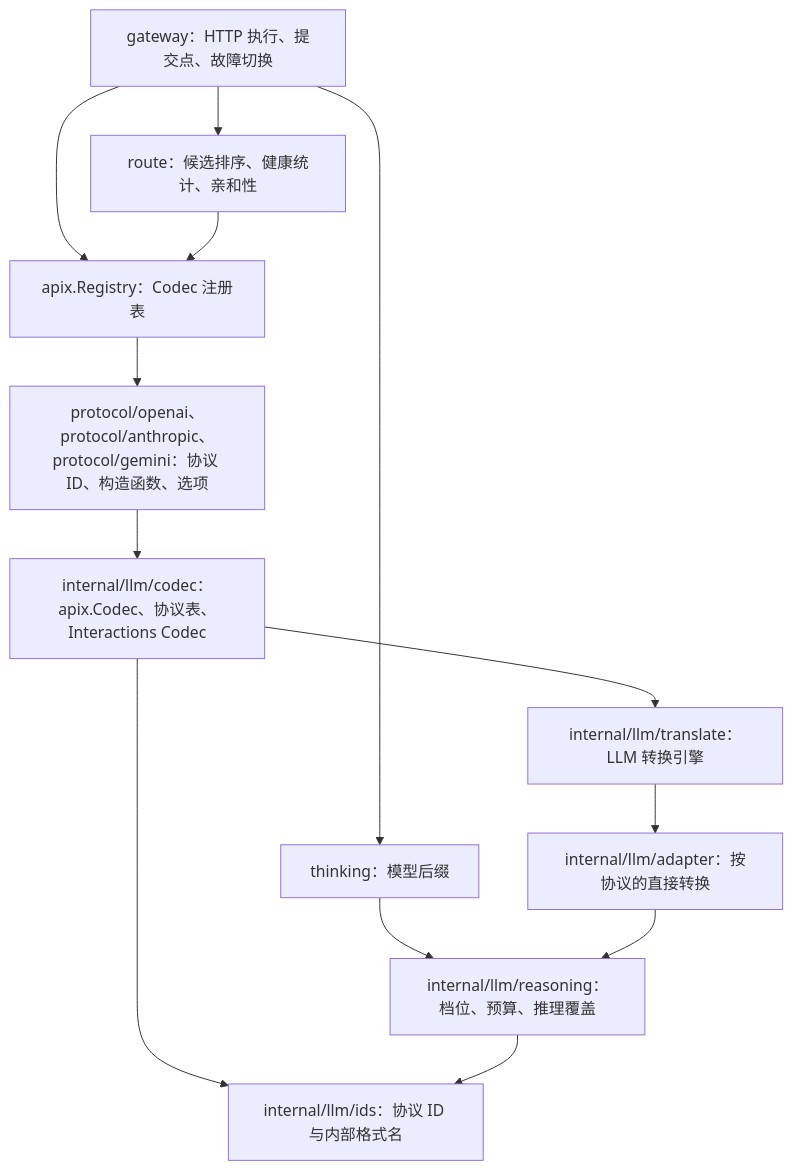
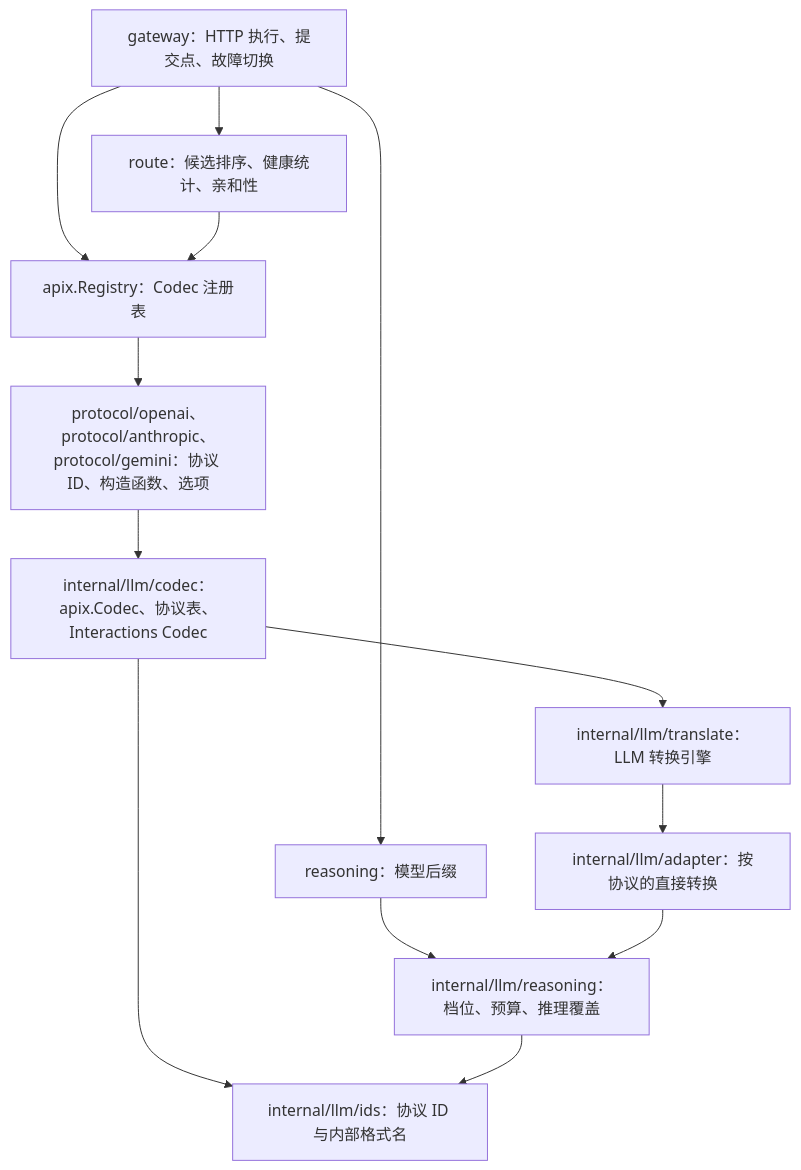
The diagram in docs/architecture.zh-CN.md (dillonzq/apix), drawn with Mermaid before and after one commit. The commit also changed other lines of this file and 21 other files, not shown here.

First line of the commit message:
refactor!: rename thinking package to reasoning

````diff
--- a/docs/architecture.zh-CN.md
+++ b/docs/architecture.zh-CN.md
@@ -7,15 +7,15 @@
 ```mermaid
 flowchart TD
     GW[gateway：HTTP 执行、提交点、故障切换] --> RT[route：候选排序、健康统计、亲和性]
     GW --> REG[apix.Registry：Codec 注册表]
-    GW --> TH[thinking：模型后缀]
+    GW --> TH[reasoning：模型后缀]
     RT --> REG
     REG --> VENDOR[protocol/openai、protocol/anthropic、protocol/gemini：协议 ID、构造函数、选项]
     VENDOR --> CODEC[internal/llm/codec：apix.Codec、协议表、Interactions Codec]
     TH --> RS
     CODEC --> ENGINE[internal/llm/translate：LLM 转换引擎]
     ENGINE --> ADAPTERS[internal/llm/adapter：按协议的直接转换]
     ADAPTERS --> RS[internal/llm/reasoning：档位、预算、推理覆盖]
     CODEC --> IDS[internal/llm/ids：协议 ID 与内部格式名]
     RS --> IDS
 ```
````
